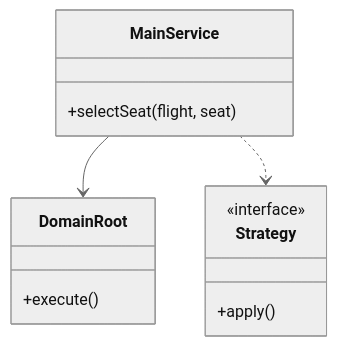
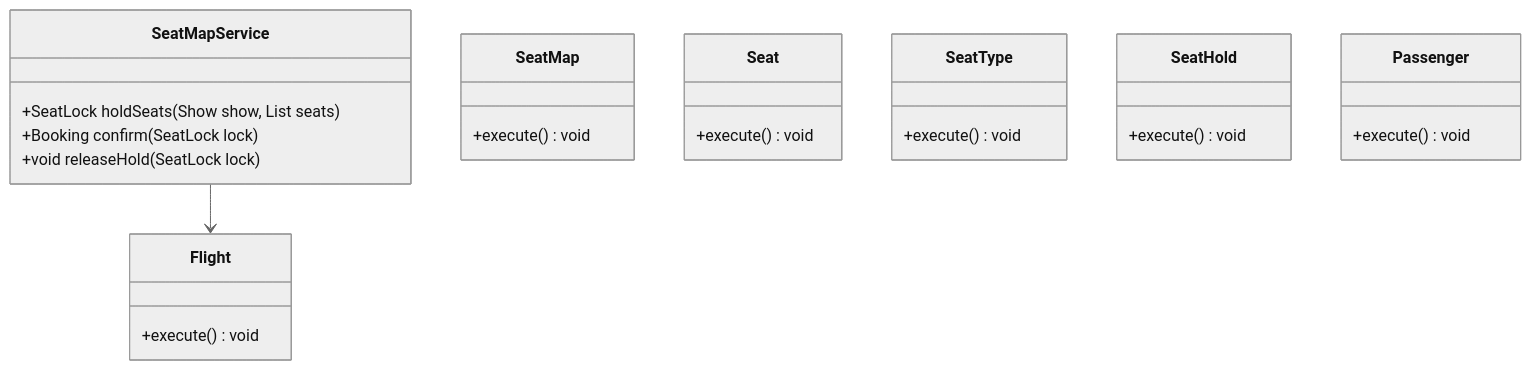
Before and after one commit to madhupaila/Interview-Prep-SSE: the first of 3 diagrams in Learn/System Design - Low Level Design/02-classic-ood/questions/Q55-flight-seat-map.md, drawn with Mermaid (neutral theme). The commit also changed other lines of this file and 491 other files, not shown here.

````diff
--- a/Learn/System Design - Low Level Design/02-classic-ood/questions/Q55-flight-seat-map.md
+++ b/Learn/System Design - Low Level Design/02-classic-ood/questions/Q55-flight-seat-map.md
@@ -75,15 +93,27 @@
 ```mermaid
 classDiagram
-    class MainService {
-        +selectSeat(flight, seat)
+    class SeatMapService {
+        +SeatLock holdSeats(Show show, List<Seat> seats)
+        +Booking confirm(SeatLock lock)
+        +void releaseHold(SeatLock lock)
     }
-    class DomainRoot {
-        +execute()
+    class Flight {
+        +execute() void
     }
-    class Strategy {
-        <<interface>>
-        +apply()
+    class SeatMap {
+        +execute() void
     }
-    MainService --> DomainRoot
-    MainService ..> Strategy
+    class Seat {
+        +execute() void
+    }
+    class SeatType {
+        +execute() void
+    }
+    class SeatHold {
+        +execute() void
+    }
+    class Passenger {
+        +execute() void
+    }
+    SeatMapService --> Flight
 ```
````
